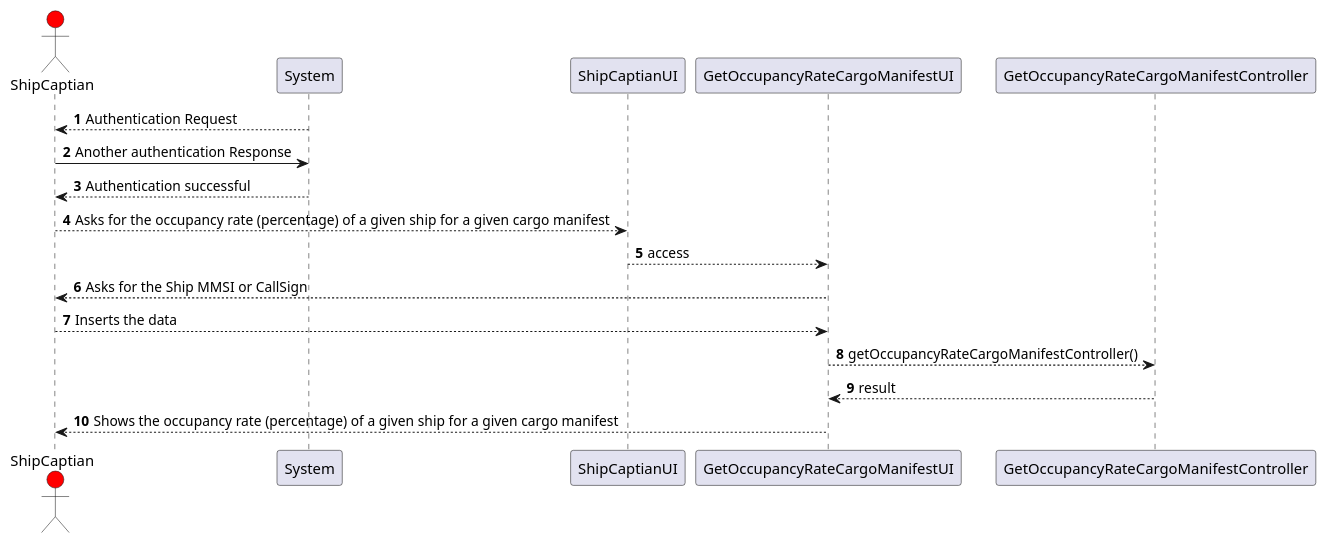
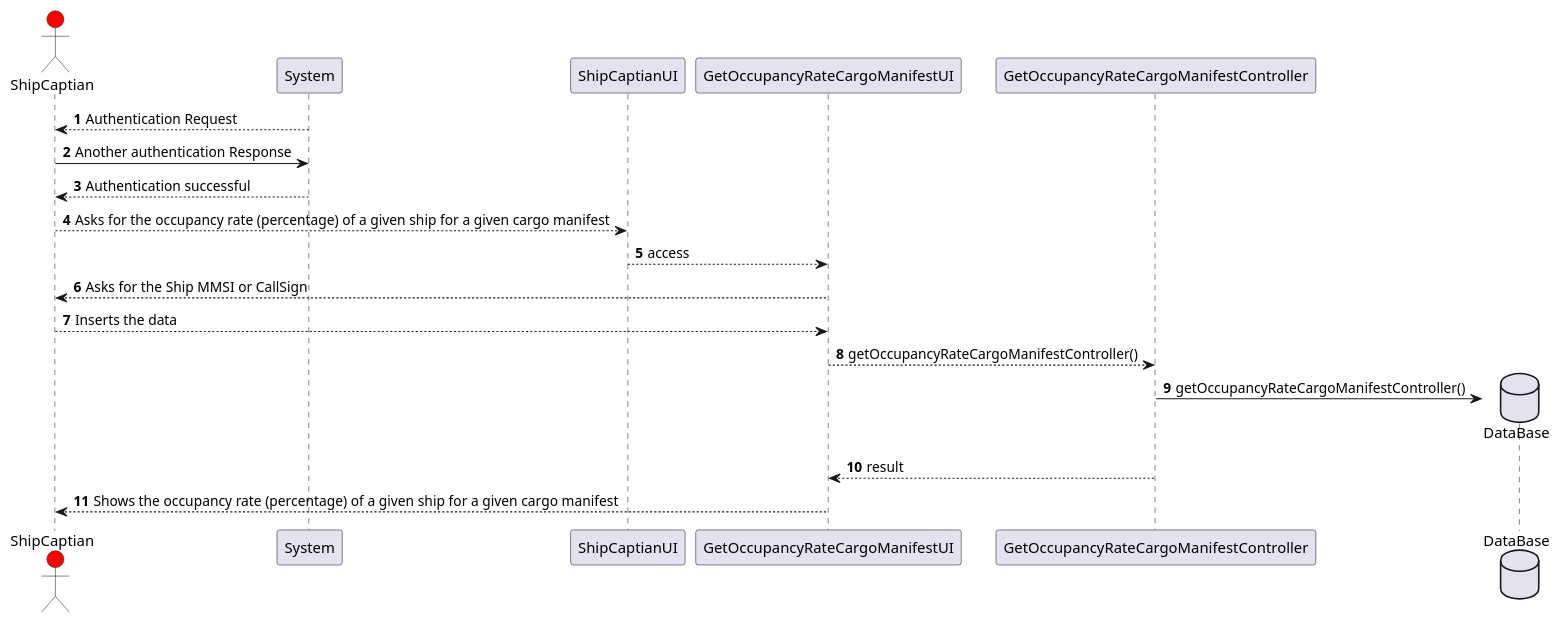
One commit to LourencoMelo/ISEP-LAPR3-ESINF changed the diagram in Docs/Sprint2/US208/sd.puml. Above: the diagram before and after it, drawn with PlantUML. The commit also changed 23 other files, not shown here.

```diff
--- a/Docs/Sprint2/US208/sd.puml
+++ b/Docs/Sprint2/US208/sd.puml
@@ -1,18 +1,21 @@
 @startuml
 
 autonumber
 
 actor ShipCaptian #red
+
 
 System --> ShipCaptian: Authentication Request
 ShipCaptian -> System : Another authentication Response
 System --> ShipCaptian : Authentication successful
 ShipCaptian --> ShipCaptianUI : Asks for the occupancy rate (percentage) of a given ship for a given cargo manifest
 ShipCaptianUI --> GetOccupancyRateCargoManifestUI : access
 GetOccupancyRateCargoManifestUI --> ShipCaptian : Asks for the Ship MMSI or CallSign
 ShipCaptian --> GetOccupancyRateCargoManifestUI : Inserts the data
 GetOccupancyRateCargoManifestUI --> GetOccupancyRateCargoManifestController : getOccupancyRateCargoManifestController()
+database       "DataBase"              as db
+GetOccupancyRateCargoManifestController -> db** : getOccupancyRateCargoManifestController()
 GetOccupancyRateCargoManifestController --> GetOccupancyRateCargoManifestUI : result
 GetOccupancyRateCargoManifestUI --> ShipCaptian : Shows the occupancy rate (percentage) of a given ship for a given cargo manifest
 
 @enduml
```
